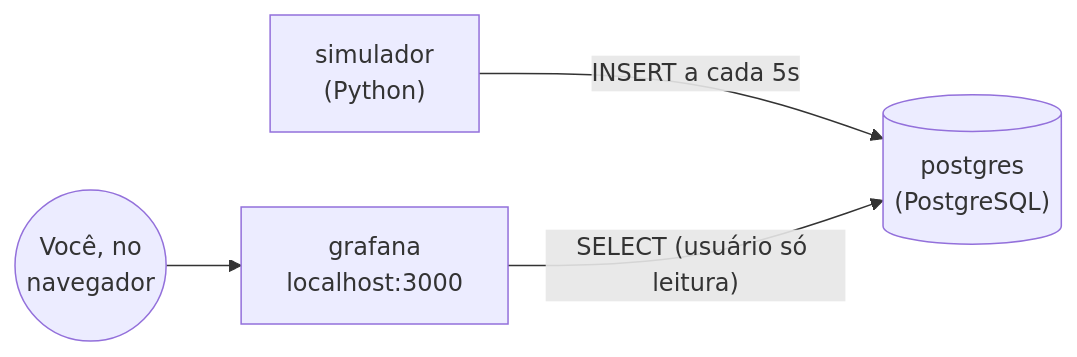
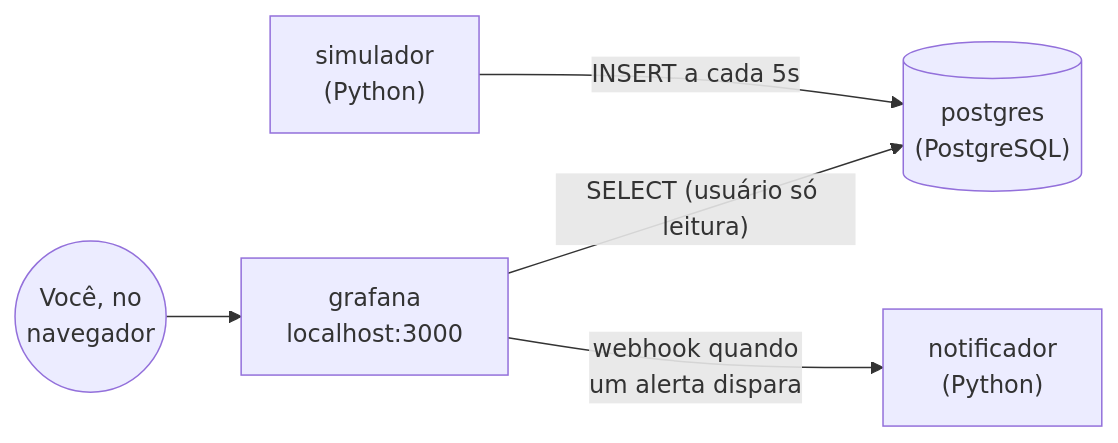
The diagram in README.md (nicolassmotta/grafana-cervejaria), drawn with Mermaid before and after one commit. The commit also changed other lines of this file and 7 other files, not shown here.

````diff
--- a/README.md
+++ b/README.md
@@ -13,6 +15,7 @@
 ```mermaid
 flowchart LR
     S["simulador<br/>(Python)"] -- "INSERT a cada 5s" --> P[("postgres<br/>(PostgreSQL)")]
     G["grafana<br/>localhost:3000"] -- "SELECT (usuário só leitura)" --> P
     V(("Você, no<br/>navegador")) --> G
+    G -- "webhook quando<br/>um alerta dispara" --> N["notificador<br/>(Python)"]
 ```
````
